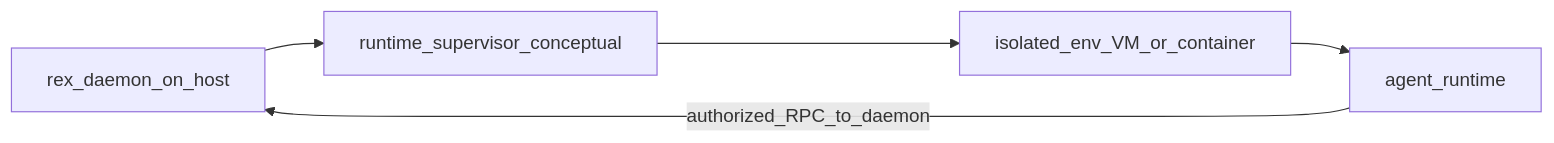
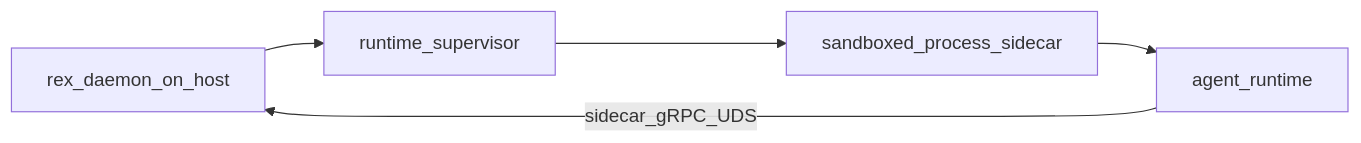
One commit to thsfranca/rex changed the diagram in docs/AGENT_RUNTIME_ENVIRONMENT.md. Above: the diagram before and after it, drawn with Mermaid. The commit also changed other lines of this file and 18 other files, not shown here.

First line of the commit message:
docs: sidecar access policy, policy engine, and architecture norms

````diff
--- a/docs/AGENT_RUNTIME_ENVIRONMENT.md
+++ b/docs/AGENT_RUNTIME_ENVIRONMENT.md
@@ -50,11 +49,11 @@
 ```mermaid
 flowchart LR
   daemon[rex_daemon_on_host]
-  sup[runtime_supervisor_conceptual]
-  env[isolated_env_VM_or_container]
+  sup[runtime_supervisor]
+  env[sandboxed_process_sidecar]
   agent[agent_runtime]
   daemon --> sup
   sup --> env
   env --> agent
-  agent -->|"authorized_RPC_to_daemon"| daemon
+  agent -->|sidecar_gRPC_UDS| daemon
 ```
````
